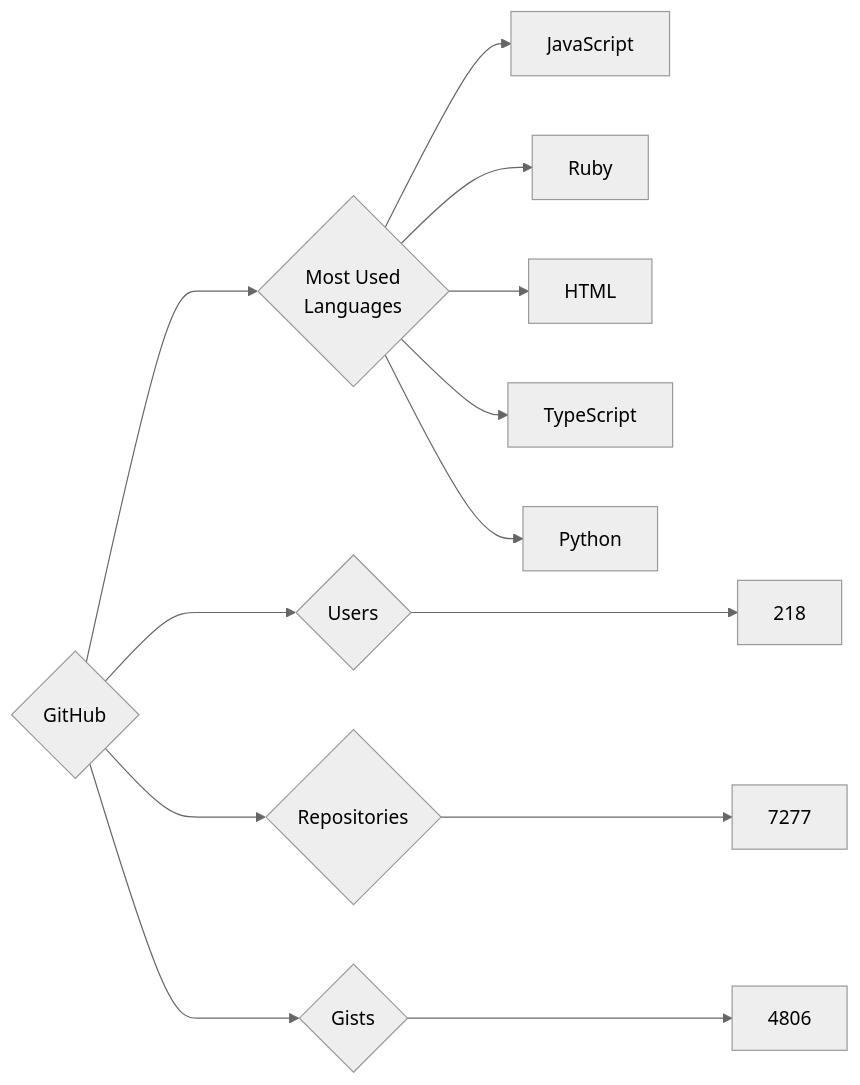
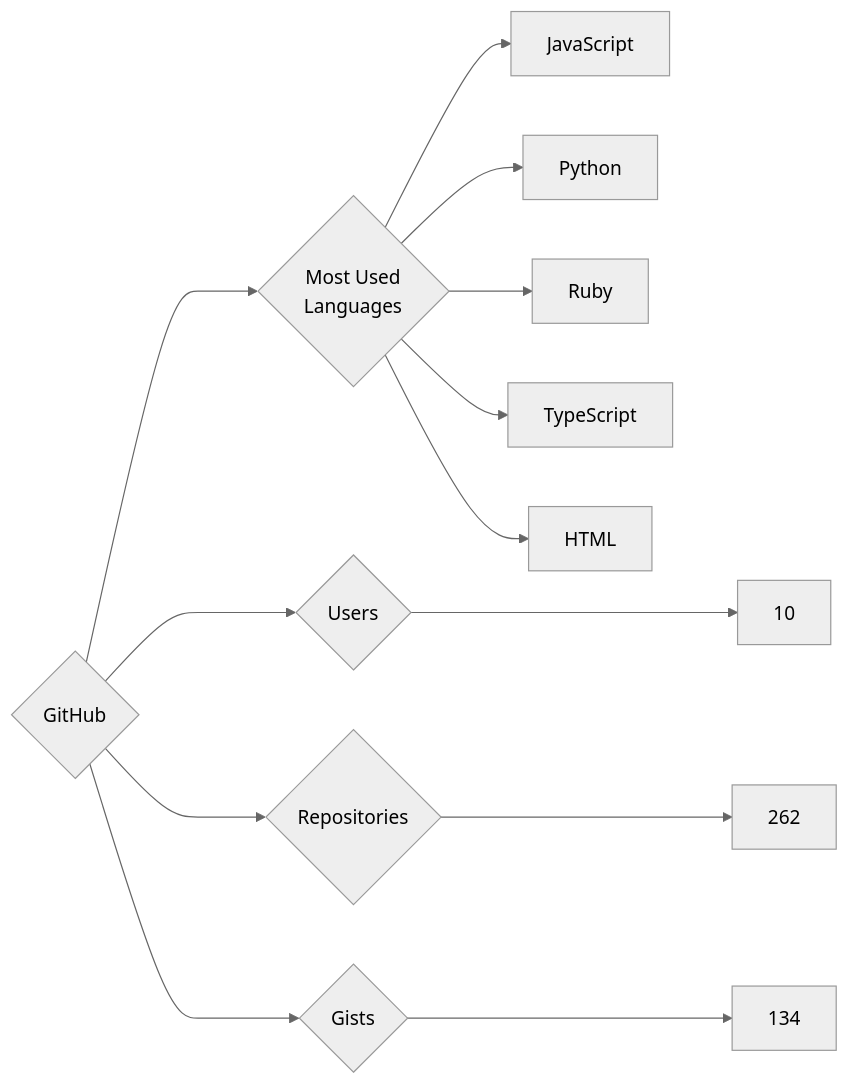
Before and after one commit to trickest/insiders: the diagram in targets/GitHub/README.md, drawn with Mermaid (neutral theme). The commit also changed 681 other files, not shown here.

````diff
--- a/targets/GitHub/README.md
+++ b/targets/GitHub/README.md
@@ -3,13 +3,13 @@
 ```mermaid
 graph LR
 COMPANY_NAME{GitHub}
-COMPANY_NAME ---> U{Users} ---> UN[218]
-COMPANY_NAME ---> R{Repositories} ---> RN[7277]
-COMPANY_NAME ---> G{Gists} ---> GN[4806]
+COMPANY_NAME ---> U{Users} ---> UN[10]
+COMPANY_NAME ---> R{Repositories} ---> RN[262]
+COMPANY_NAME ---> G{Gists} ---> GN[134]
 COMPANY_NAME ---> ML{Most Used<br>Languages}
 ML --> JavaScript[JavaScript]
+ML --> Python[Python]
 ML --> Ruby[Ruby]
+ML --> TypeScript[TypeScript]
 ML --> HTML[HTML]
-ML --> TypeScript[TypeScript]
-ML --> Python[Python]
 ```
````
